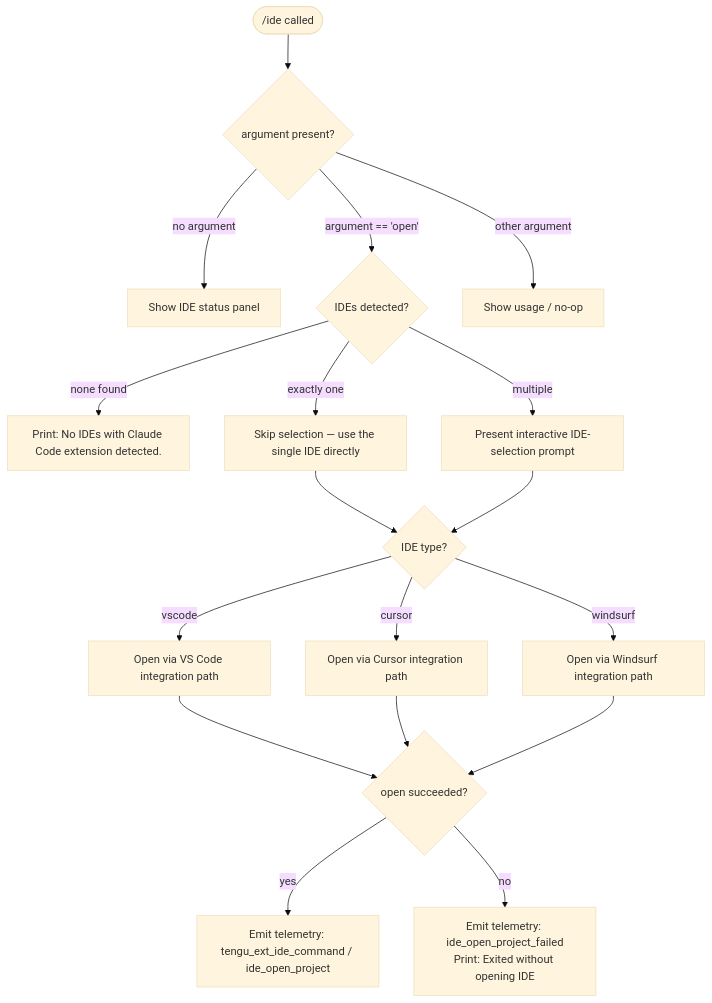
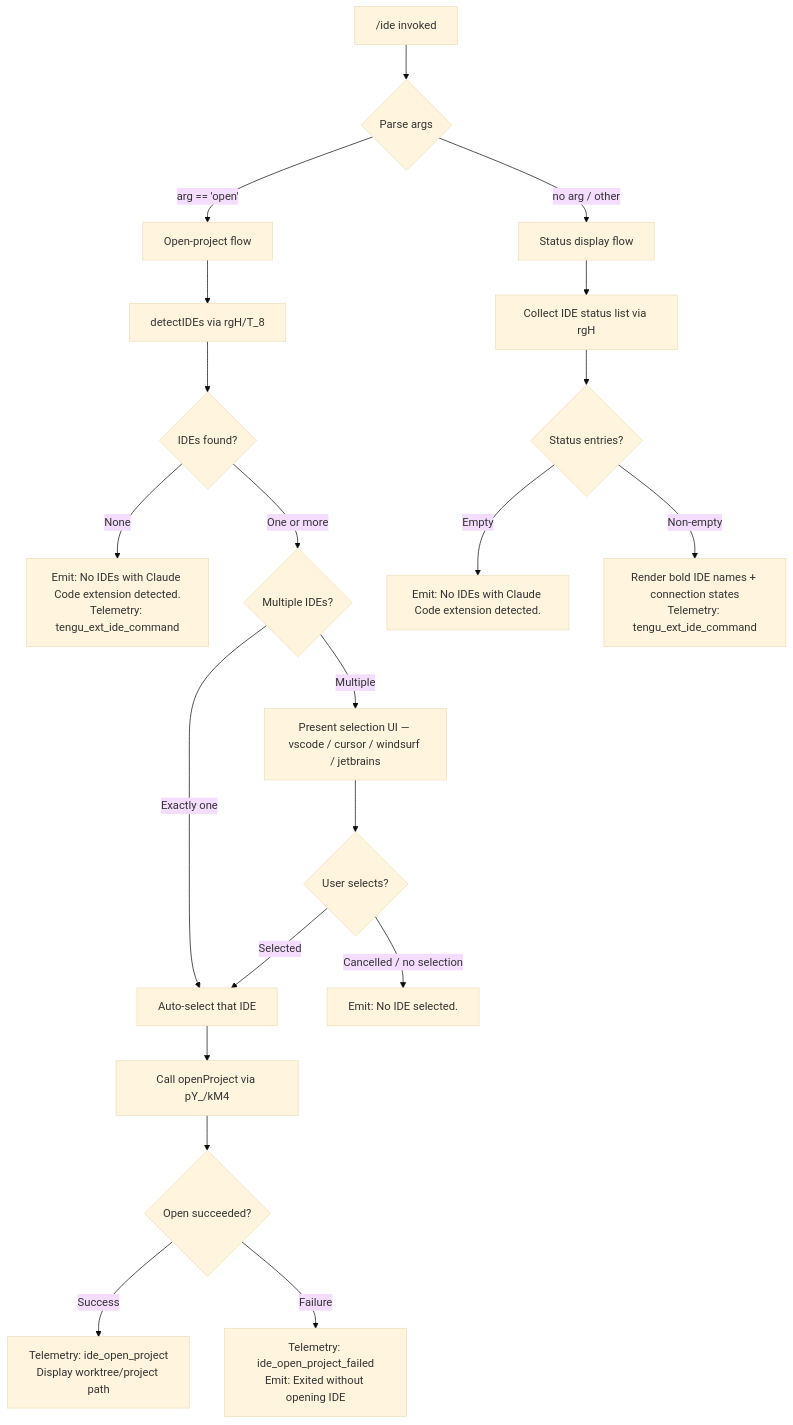
One commit to MyLittleLuckyDog/cc-gnothi changed the diagram in versions/v2.1.143/ide.md. Above: the diagram before and after it, drawn with Mermaid (base theme). The commit also changed other lines of this file and 483 other files, not shown here.

````diff
--- a/versions/v2.1.143/ide.md
+++ b/versions/v2.1.143/ide.md
@@ -46,20 +55,25 @@
 ```mermaid
 flowchart TD
-    A(["/ide called"]) --> B{argument present?}
-    B -- "no argument" --> C[Show IDE status panel]
-    B -- "argument == 'open'" --> D{IDEs detected?}
-    B -- "other argument" --> E[Show usage / no-op]
-    D -- "none found" --> F["Print: No IDEs with Claude Code extension detected."]
-    D -- "exactly one" --> G[Skip selection — use the single IDE directly]
-    D -- "multiple" --> H[Present interactive IDE-selection prompt]
-    G --> I{IDE type?}
-    H --> I
-    I -- "vscode" --> J[Open via VS Code integration path]
-    I -- "cursor" --> K[Open via Cursor integration path]
-    I -- "windsurf" --> L[Open via Windsurf integration path]
-    J --> M{open succeeded?}
-    K --> M
-    L --> M
-    M -- "yes" --> N["Emit telemetry: tengu_ext_ide_command / ide_open_project"]
-    M -- "no" --> O["Emit telemetry: ide_open_project_failed\nPrint: Exited without opening IDE"]
+    A["/ide invoked"] --> B{Parse args}
+    B -->|"arg == 'open'"| C[Open-project flow]
+    B -->|"no arg / other"| D[Status display flow]
+
+    C --> E[detectIDEs via rgH/T_8]
+    E --> F{IDEs found?}
+    F -->|"None"| G["Emit: No IDEs with Claude Code extension detected.\nTelemetry: tengu_ext_ide_command"]
+    F -->|"One or more"| H{Multiple IDEs?}
+    H -->|"Exactly one"| I[Auto-select that IDE]
+    H -->|"Multiple"| J[Present selection UI — vscode / cursor / windsurf / jetbrains]
+    J --> K{User selects?}
+    K -->|"Cancelled / no selection"| L["Emit: No IDE selected."]
+    K -->|"Selected"| I
+    I --> M[Call openProject via pY_/kM4]
+    M --> N{Open succeeded?}
+    N -->|"Success"| O["Telemetry: ide_open_project\nDisplay worktree/project path"]
+    N -->|"Failure"| P["Telemetry: ide_open_project_failed\nEmit: Exited without opening IDE"]
+
+    D --> Q[Collect IDE status list via rgH]
+    Q --> R{Status entries?}
+    R -->|"Empty"| S["Emit: No IDEs with Claude Code extension detected."]
+    R -->|"Non-empty"| T[Render bold IDE names + connection states\nTelemetry: tengu_ext_ide_command]
 ```
````
